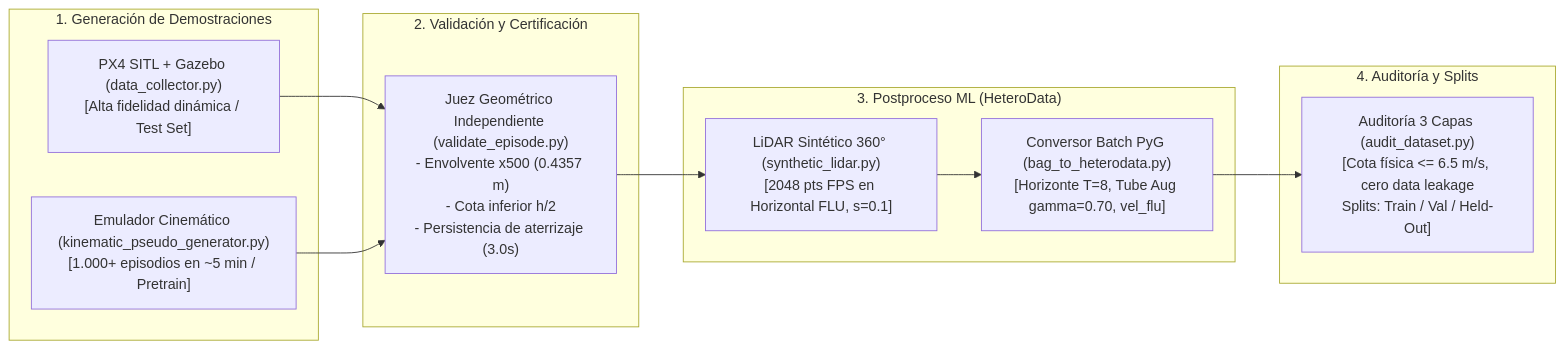
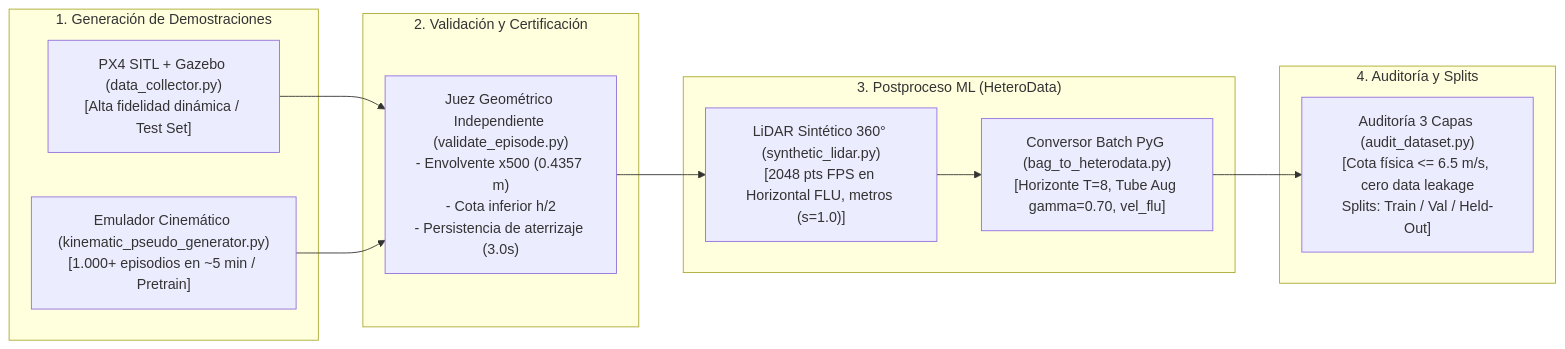
One commit to gabrielquiroga/dataset-gen-ip changed the diagram in README.md. Above: the diagram before and after it, drawn with Mermaid. The commit also changed other lines of this file and 21 other files, not shown here.

````diff
--- a/README.md
+++ b/README.md
@@ -19,21 +19,21 @@
 ```mermaid
 flowchart LR
     subgraph Generacion ["1. Generación de Demostraciones"]
         A1["PX4 SITL + Gazebo (data_collector.py)\n[Alta fidelidad dinámica / Test Set]"]
         A2["Emulador Cinemático (kinematic_pseudo_generator.py)\n[1.000+ episodios en ~5 min / Pretrain]"]
     end
     subgraph Validacion ["2. Validación y Certificación"]
         B["Juez Geométrico Independiente (validate_episode.py)\n- Envolvente x500 (0.4357 m)\n- Cota inferior h/2\n- Persistencia de aterrizaje (3.0s)"]
     end
     subgraph Postproceso ["3. Postproceso ML (HeteroData)"]
-        C1["LiDAR Sintético 360° (synthetic_lidar.py)\n[2048 pts FPS en Horizontal FLU, s=0.1]"]
+        C1["LiDAR Sintético 360° (synthetic_lidar.py)\n[2048 pts FPS en Horizontal FLU, metros (s=1.0)]"]
         C2["Conversor Batch PyG (bag_to_heterodata.py)\n[Horizonte T=8, Tube Aug gamma=0.70, vel_flu]"]
     end
     subgraph Auditoria ["4. Auditoría y Splits"]
         D["Auditoría 3 Capas (audit_dataset.py)\n[Cota física <= 6.5 m/s, cero data leakage\nSplits: Train / Val / Held-Out]"]
     end
     A1 --> B
     A2 --> B
     B --> C1 --> C2
     C2 --> D
 ```
````
